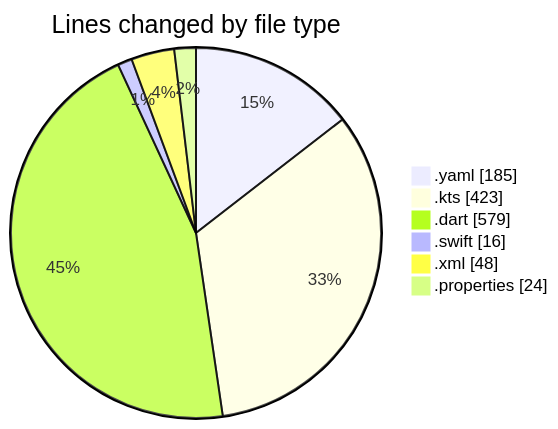
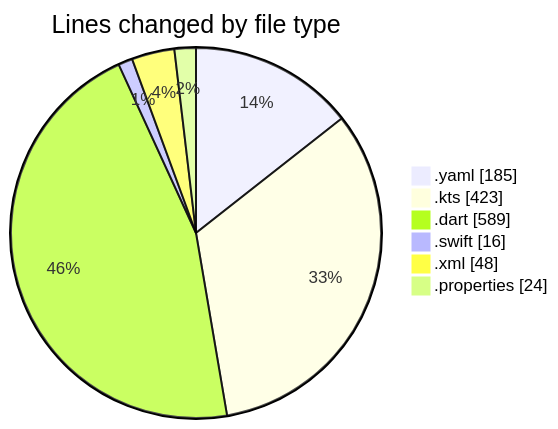
One commit to donsfak/code-tracking changed the first of 2 diagrams in 2025-02-16/uber_clone/README.md. Above: the diagram before and after it, drawn with Mermaid. The commit also changed other lines of this file and 1 other file, not shown here.

````diff
--- a/2025-02-16/uber_clone/README.md
+++ b/2025-02-16/uber_clone/README.md
@@ -31,10 +31,10 @@
 ```mermaid
 pie showData
 title Lines changed by file type
 ".yaml" : 185
 ".kts" : 423
-".dart" : 579
+".dart" : 589
 ".swift" : 16
 ".xml" : 48
 ".properties" : 24
 ```
````
